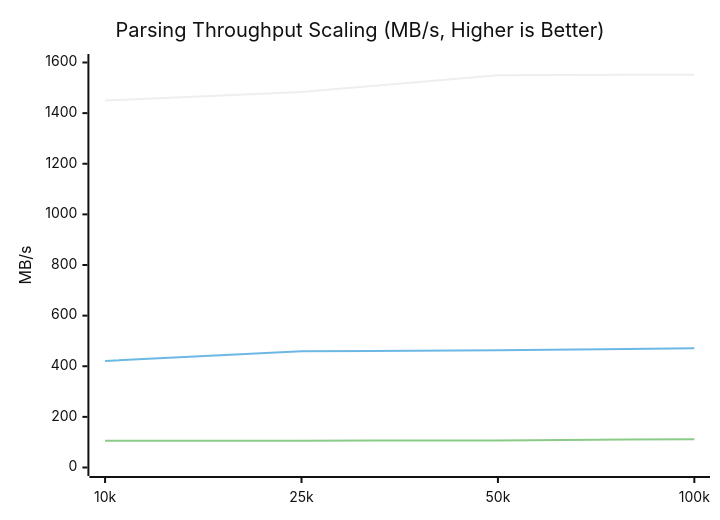
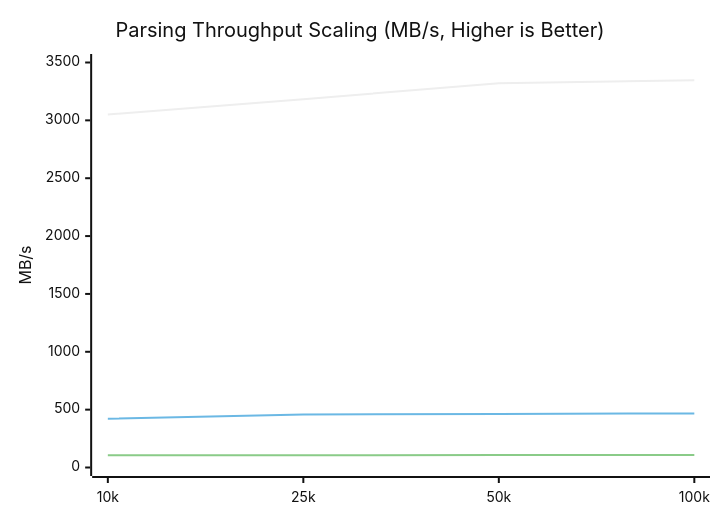
Before and after one commit to GenshIv/silentjson: the second of 4 diagrams in README.md, drawn with Mermaid (neutral theme). The commit also changed other lines of this file and 1 other file, not shown here.

````diff
--- a/README.md
+++ b/README.md
@@ -65,9 +65,9 @@
 ```mermaid
 xychart-beta
     title "Parsing Throughput Scaling (MB/s, Higher is Better)"
     x-axis ["10k", "25k", "50k", "100k"]
-    y-axis "MB/s" 0 --> 1600
-    line "SilentJSON" [1450, 1483, 1550, 1552]
-    line "Sonic" [421, 459, 463, 471]
-    line "Standard" [106, 106, 107, 112]
+    y-axis "MB/s" 0 --> 3500
+    line "SilentJSON" [3050, 3183, 3320, 3347]
+    line "Sonic" [421, 459, 463, 467]
+    line "Standard" [106, 106, 107, 107]
 ```
````
